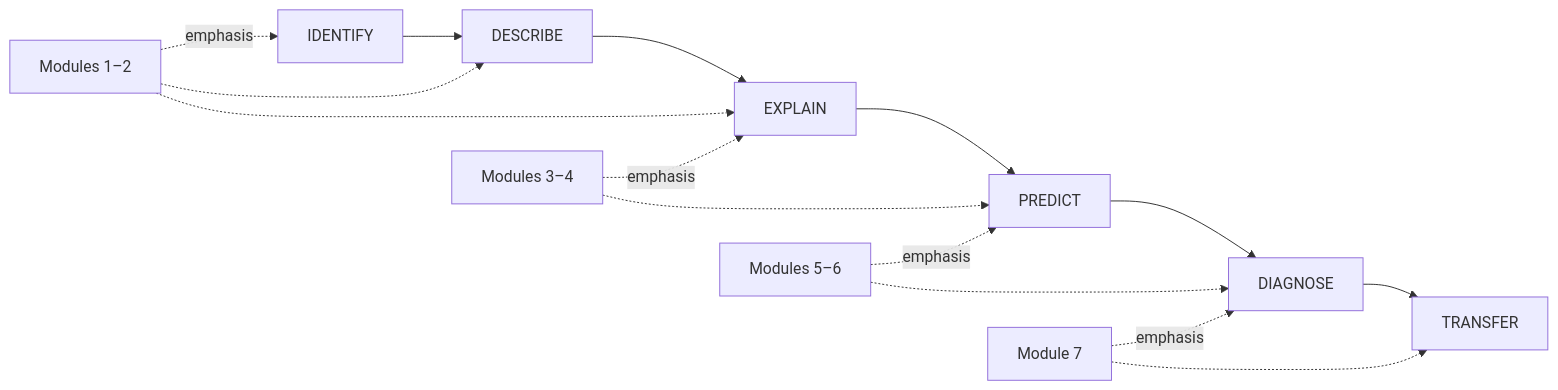
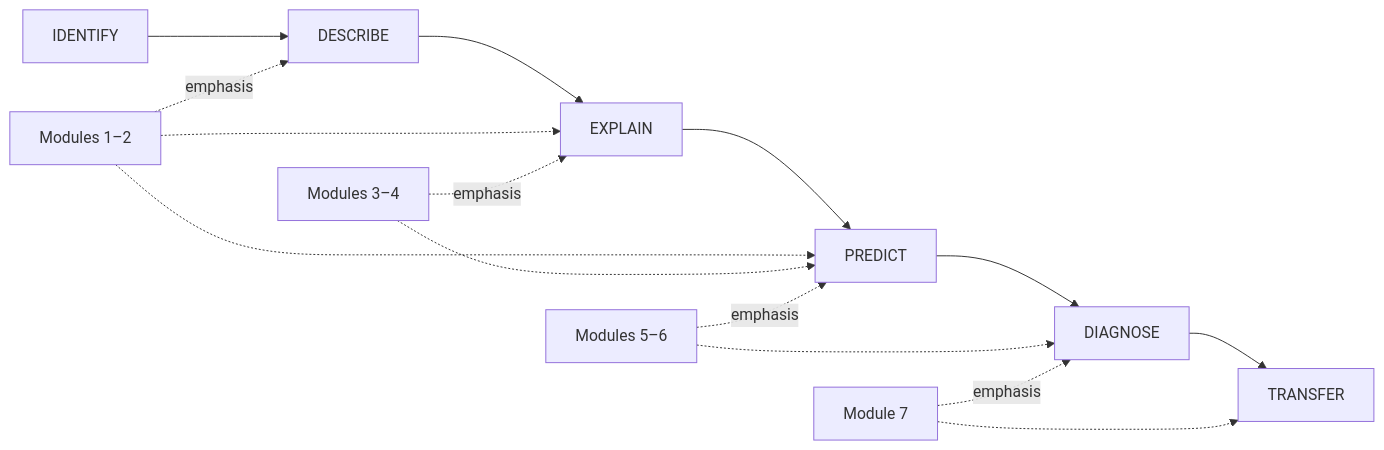
The fourth of 4 diagrams in docs/curriculum/32-HOUR-CURRICULUM-MAP.md (ZanneRay/ATPL-H-Learning-Ecosystem), drawn with Mermaid before and after one commit. The commit also changed other lines of this file, not shown here.

````diff
--- a/docs/curriculum/32-HOUR-CURRICULUM-MAP.md
+++ b/docs/curriculum/32-HOUR-CURRICULUM-MAP.md
@@ -73,14 +133,14 @@
 ```mermaid
 flowchart LR
     R1[IDENTIFY] --> R2[DESCRIBE] --> R3[EXPLAIN] --> R4[PREDICT] --> R5[DIAGNOSE] --> R6[TRANSFER]
 
-    M1A[Modules 1–2] -. emphasis .-> R1
-    M1A -.-> R2
+    M1A[Modules 1–2] -. emphasis .-> R2
     M1A -.-> R3
+    M1A -.-> R4
     M3A[Modules 3–4] -. emphasis .-> R3
     M3A -.-> R4
     M5A[Modules 5–6] -. emphasis .-> R4
     M5A -.-> R5
     M7A[Module 7] -. emphasis .-> R5
     M7A -.-> R6
 ```
````
